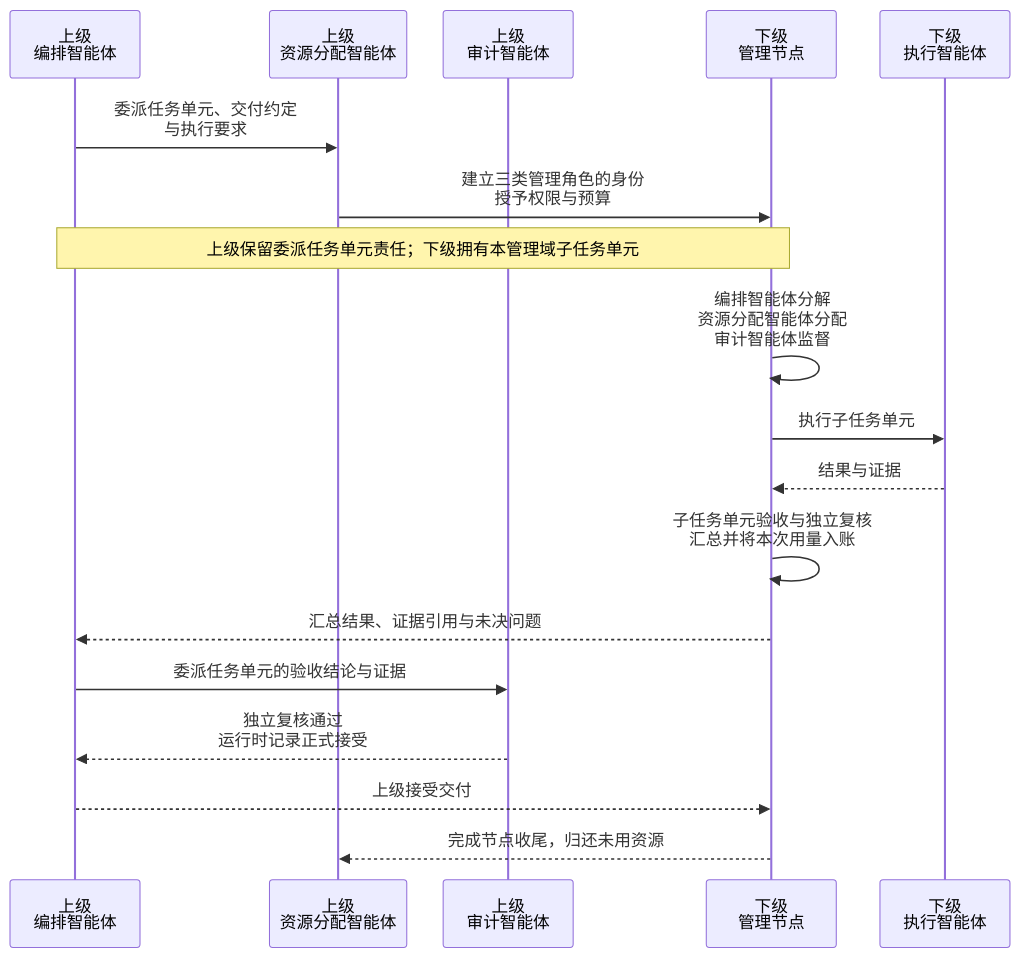
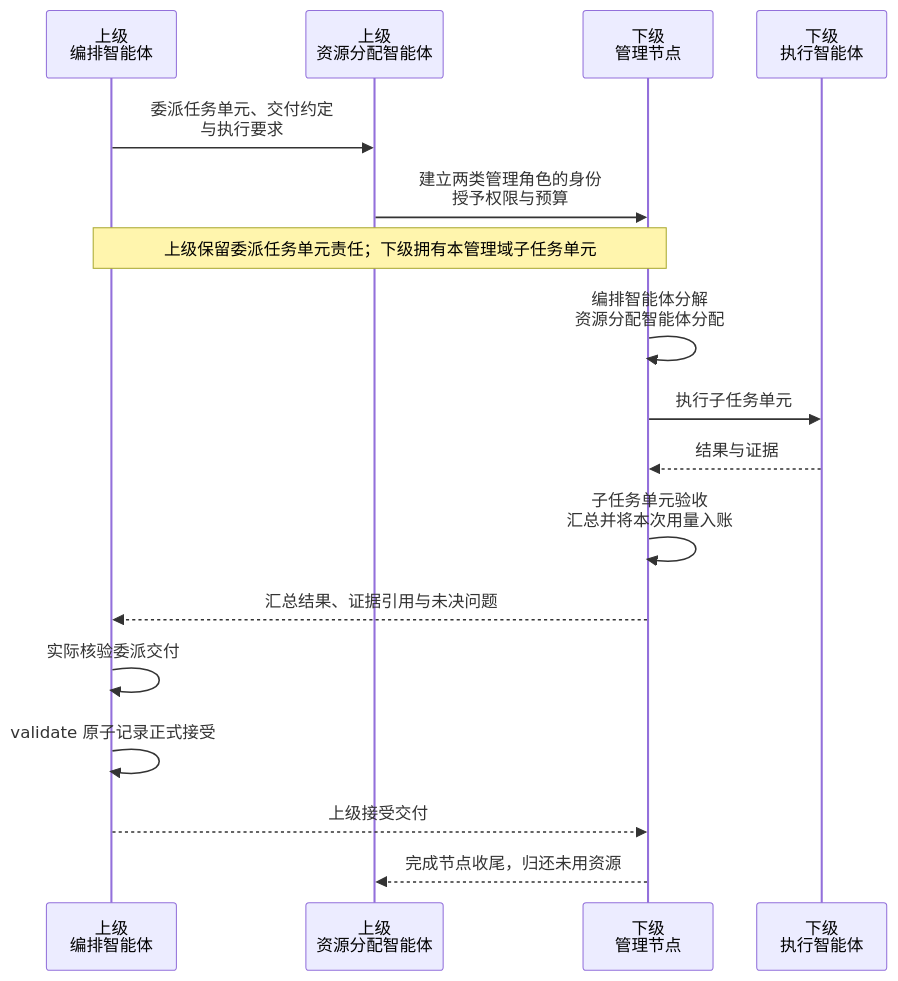
The second of 3 diagrams in docs/design/hierarchy.md (Luohaothu/dsh-flow), drawn with Mermaid before and after one commit. The commit also changed other lines of this file and 160 other files, not shown here.

````diff
--- a/docs/design/hierarchy.md
+++ b/docs/design/hierarchy.md
@@ -53,21 +53,20 @@
 ```mermaid
 %%{init: {"sequence": {"actorMargin": 35, "width": 125}}}%%
 sequenceDiagram
     participant PO as 上级<br/>编排智能体
     participant PA as 上级<br/>资源分配智能体
-    participant PU as 上级<br/>审计智能体
     participant CM as 下级<br/>管理节点
     participant CW as 下级<br/>执行智能体
     PO->>PA: 委派任务单元、交付约定<br/>与执行要求
-    PA->>CM: 建立三类管理角色的身份<br/>授予权限与预算
+    PA->>CM: 建立两类管理角色的身份<br/>授予权限与预算
     Note over PO,CM: 上级保留委派任务单元责任；下级拥有本管理域子任务单元
-    CM->>CM: 编排智能体分解<br/>资源分配智能体分配<br/>审计智能体监督
+    CM->>CM: 编排智能体分解<br/>资源分配智能体分配
     CM->>CW: 执行子任务单元
     CW-->>CM: 结果与证据
-    CM->>CM: 子任务单元验收与独立复核<br/>汇总并将本次用量入账
+    CM->>CM: 子任务单元验收<br/>汇总并将本次用量入账
     CM-->>PO: 汇总结果、证据引用与未决问题
-    PO->>PU: 委派任务单元的验收结论与证据
-    PU-->>PO: 独立复核通过<br/>运行时记录正式接受
+    PO->>PO: 实际核验委派交付
+    PO->>PO: validate 原子记录正式接受
     PO-->>CM: 上级接受交付
     CM-->>PA: 完成节点收尾，归还未用资源
 ```
````
